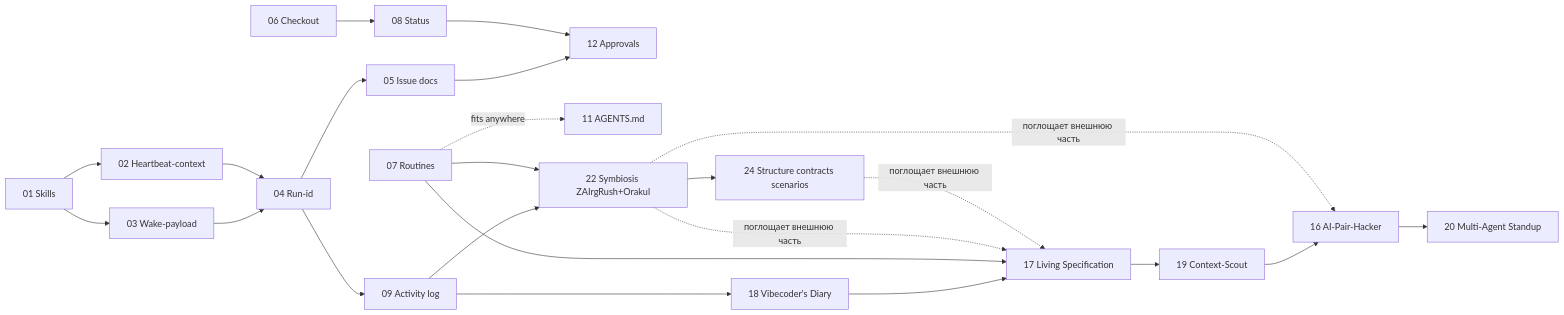
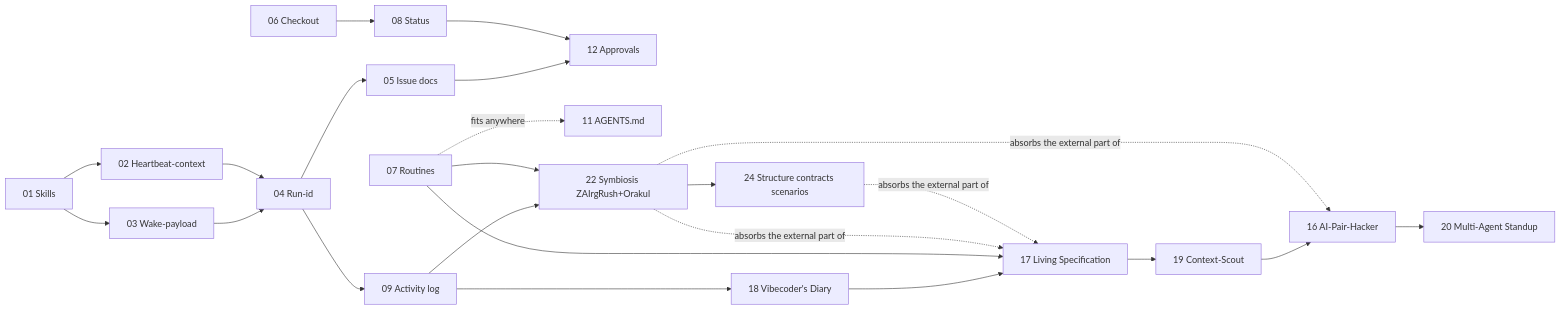
The diagram in proposals/README.md (Orange-hanter/cod-doc), drawn with Mermaid before and after one commit. The commit also changed other lines of this file and 141 other files, not shown here.

````diff
--- a/proposals/README.md
+++ b/proposals/README.md
@@ -98,29 +99,29 @@
 ```mermaid
 graph LR
     A[01 Skills] --> B[03 Wake-payload]
     A --> C[02 Heartbeat-context]
     B --> D[04 Run-id]
     C --> D
     D --> E[09 Activity log]
     D --> F[05 Issue docs]
     F --> G[12 Approvals]
     H[08 Status] --> G
     I[06 Checkout] --> H
     J[07 Routines] -.fits anywhere.-> K[11 AGENTS.md]
     
     %% Hackathon-track
     E --> L[18 Vibecoder's Diary]
     L --> M[17 Living Specification]
     J --> M
     M --> N[19 Context-Scout]
     N --> O[16 AI-Pair-Hacker]
     O --> P[20 Multi-Agent Standup]
 
     %% Symbiosis-track
     E --> Q[22 Symbiosis ZAIrgRush+Orakul]
     J --> Q
-    Q -.поглощает внешнюю часть.-> O
-    Q -.поглощает внешнюю часть.-> M
+    Q -.absorbs the external part of.-> O
+    Q -.absorbs the external part of.-> M
     Q --> R[24 Structure contracts scenarios]
-    R -.поглощает внешнюю часть.-> M
+    R -.absorbs the external part of.-> M
 ```
````
